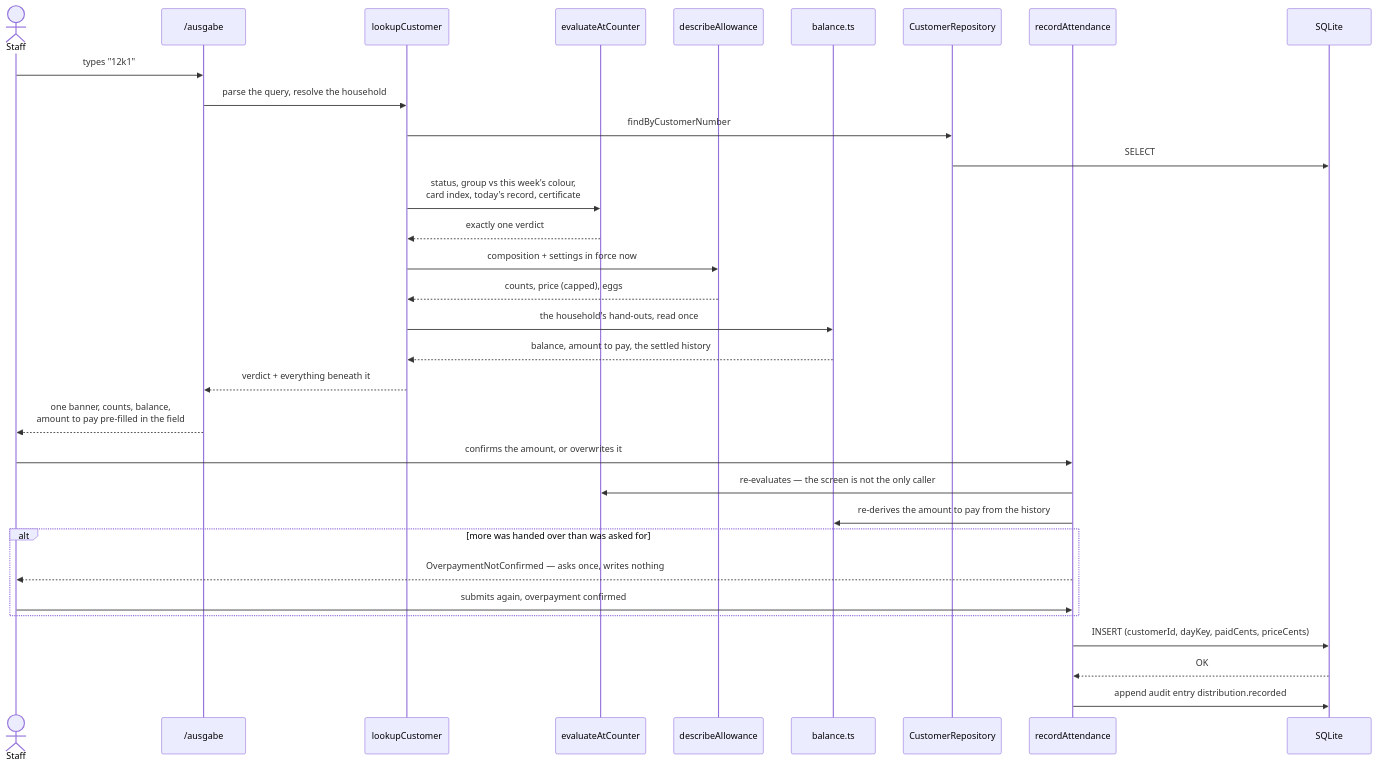
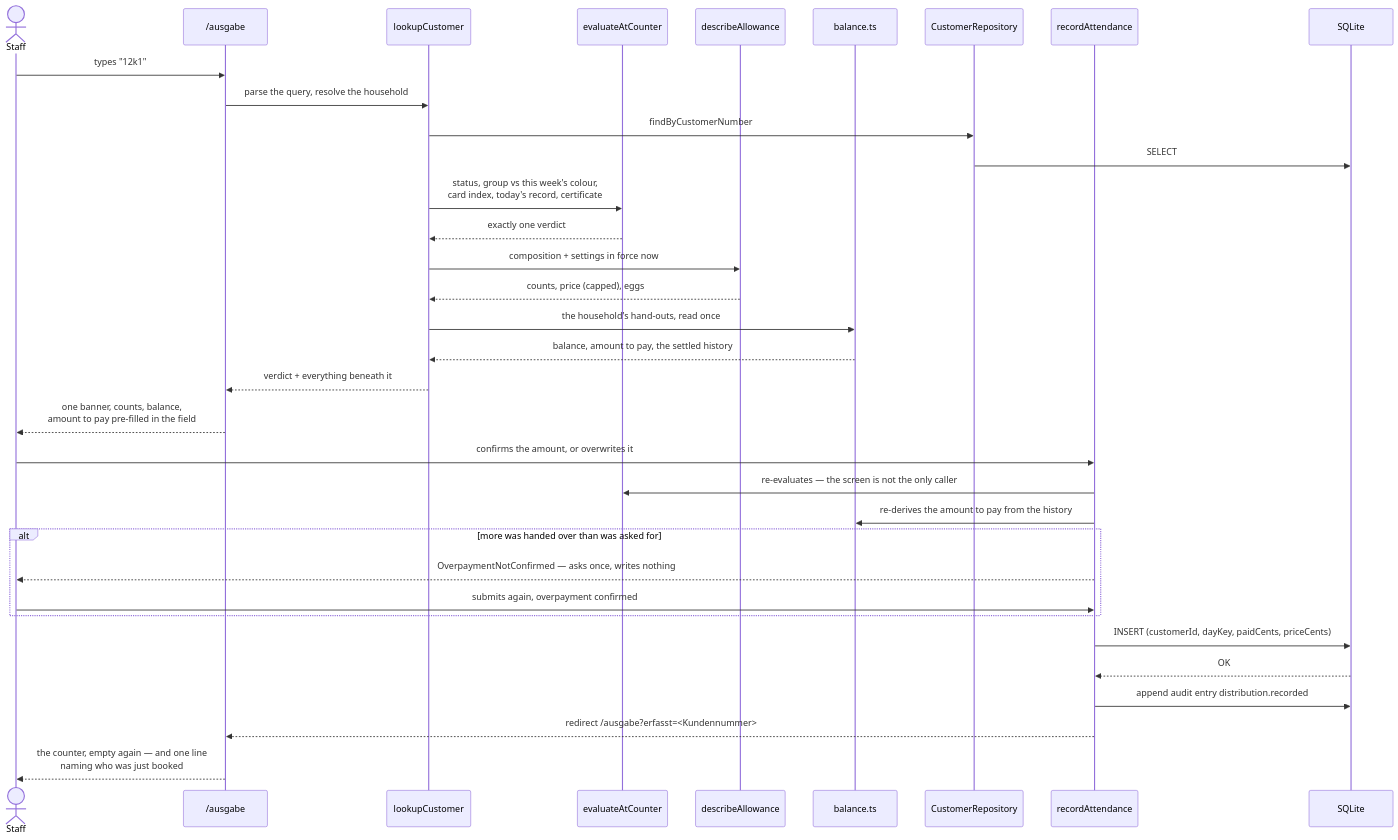
Before and after one commit to Lin0pan/FD-management: the first of 4 diagrams in docs/architecture/06-runtime-view.md, drawn with Mermaid. The commit also changed other lines of this file and 46 other files, not shown here.

First line of the commit message:
US-32: one household at a time at the counter (#135)

````diff
--- a/docs/architecture/06-runtime-view.md
+++ b/docs/architecture/06-runtime-view.md
@@ -14,36 +14,38 @@
 ```mermaid
 sequenceDiagram
     actor Staff
     participant Page as /ausgabe
     participant Lookup as lookupCustomer
     participant Verdict as evaluateAtCounter
     participant Allow as describeAllowance
     participant Balance as balance.ts
     participant Repo as CustomerRepository
     participant Record as recordAttendance
     participant DB as SQLite
 
     Staff->>Page: types "12k1"
     Page->>Lookup: parse the query, resolve the household
     Lookup->>Repo: findByCustomerNumber
     Repo->>DB: SELECT
     Lookup->>Verdict: status, group vs this week's colour,<br/>card index, today's record, certificate
     Verdict-->>Lookup: exactly one verdict
     Lookup->>Allow: composition + settings in force now
     Allow-->>Lookup: counts, price (capped), eggs
     Lookup->>Balance: the household's hand-outs, read once
     Balance-->>Lookup: balance, amount to pay, the settled history
     Lookup-->>Page: verdict + everything beneath it
     Page-->>Staff: one banner, counts, balance,<br/>amount to pay pre-filled in the field
 
     Staff->>Record: confirms the amount, or overwrites it
     Record->>Verdict: re-evaluates — the screen is not the only caller
     Record->>Balance: re-derives the amount to pay from the history
     alt more was handed over than was asked for
         Record-->>Staff: OverpaymentNotConfirmed — asks once, writes nothing
         Staff->>Record: submits again, overpayment confirmed
     end
     Record->>DB: INSERT (customerId, dayKey, paidCents, priceCents)
     DB-->>Record: OK
     Record->>DB: append audit entry distribution.recorded
+    Record-->>Page: redirect /ausgabe?erfasst=<Kundennummer>
+    Page-->>Staff: the counter, empty again — and one line<br/>naming who was just booked
 ```
````
